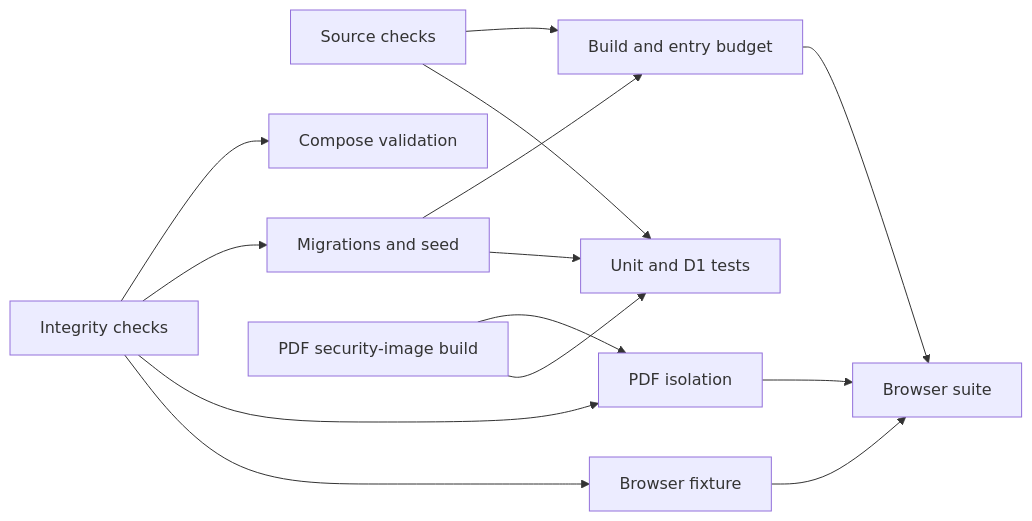
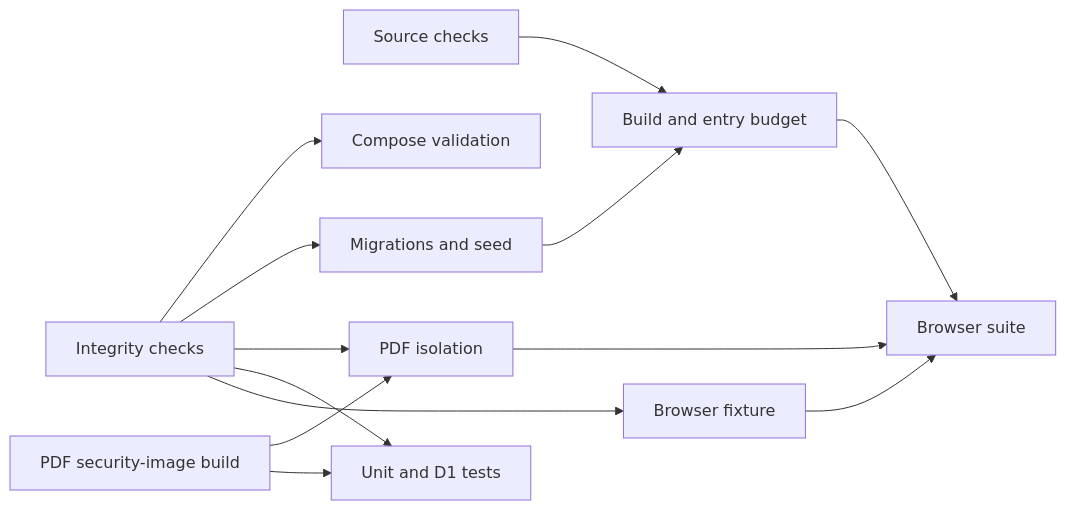
One commit to cyyapye/keel-fi changed the diagram in docs/engineering/ci-performance.md. Above: the diagram before and after it, drawn with Mermaid. The commit also changed other lines of this file and 5 other files, not shown here.

````diff
--- a/docs/engineering/ci-performance.md
+++ b/docs/engineering/ci-performance.md
@@ -93,16 +95,15 @@
 ```mermaid
 flowchart LR
   source[Source checks] --> build[Build and entry budget]
   integrity[Integrity checks] --> compose[Compose validation]
   integrity --> migrations[Migrations and seed]
   integrity --> pdf[PDF isolation]
   pdfBuild[PDF security-image build] --> pdf
-  pdfBuild --> unit
+  pdfBuild --> unit[Unit and D1 tests]
+  integrity --> unit
   integrity --> browserFixture[Browser fixture]
   migrations --> build
-  source --> unit[Unit and D1 tests]
-  migrations --> unit
   build --> browser[Browser suite]
   pdf --> browser
   browserFixture --> browser
 ```
````
